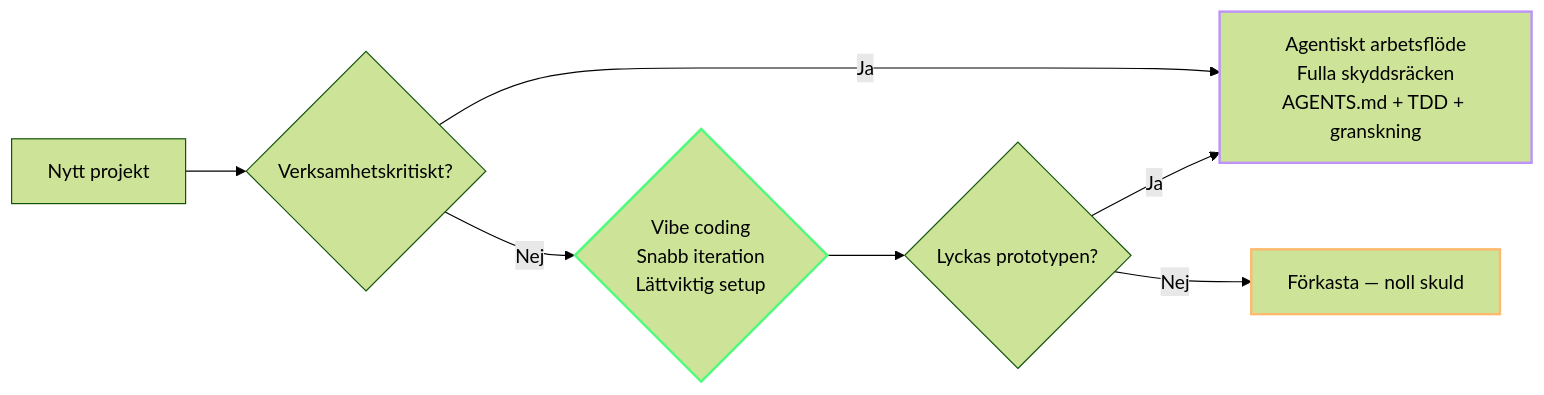
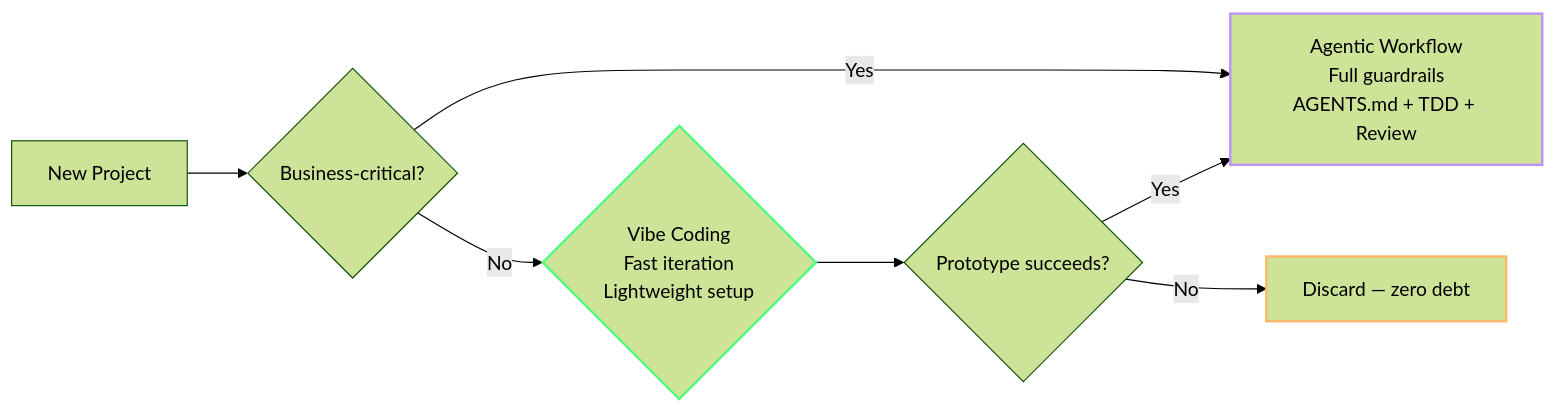
Before and after one commit to dandahprecio/vibe-on-budget: the first of 5 diagrams in token-economy-course/src/content/docs/sv/08-vibe-coding-guardrails.mdx, drawn with Mermaid (forest theme). The commit also changed other lines of this file and 23 other files, not shown here.

````diff
--- a/token-economy-course/src/content/docs/sv/08-vibe-coding-guardrails.mdx
+++ b/token-economy-course/src/content/docs/sv/08-vibe-coding-guardrails.mdx
@@ -27,13 +31,13 @@
 ```mermaid
 flowchart LR
-    A[Nytt projekt] --> B{Verksamhetskritiskt?}
-    B -->|Ja| C[Agentiskt arbetsflöde<br/>Fulla skyddsräcken<br/>AGENTS.md + TDD + granskning]
-    B -->|Nej| D{Vibe coding<br/>Snabb iteration<br/>Lättviktig setup}
-    D --> E{Lyckas prototypen?}
-    E -->|Ja| C
-    E -->|Nej| F[Förkasta — noll skuld]
+    A[New Project] --> B{Business-critical?}
+    B -->|Yes| C[Agentic Workflow<br/>Full guardrails<br/>AGENTS.md + TDD + Review]
+    B -->|No| D{Vibe Coding<br/>Fast iteration<br/>Lightweight setup}
+    D --> E{Prototype succeeds?}
+    E -->|Yes| C
+    E -->|No| F[Discard — zero debt]
     
     style C stroke:#bd93f9,stroke-width:2px
     style D stroke:#50fa7b,stroke-width:2px
     style F stroke:#ffb86c,stroke-width:2px
 ```
````
